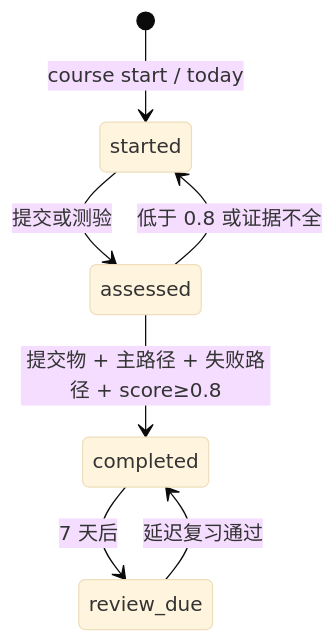
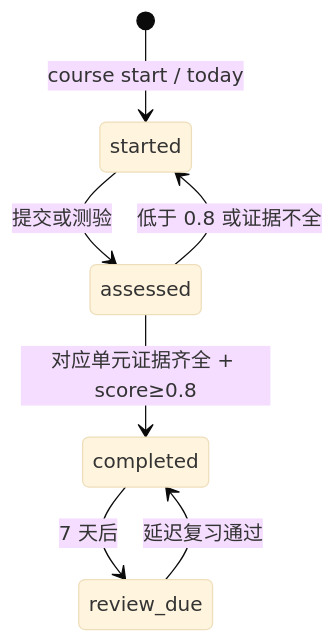
One commit to jhljx/RecSys-Industrial-Book changed the diagram in docs/learning-agent-guide.md. Above: the diagram before and after it, drawn with Mermaid (base theme). The commit also changed other lines of this file and 31 other files, not shown here.

````diff
--- a/docs/learning-agent-guide.md
+++ b/docs/learning-agent-guide.md
@@ -97,9 +97,9 @@
 ```mermaid
 stateDiagram-v2
     [*] --> started: course start / today
     started --> assessed: 提交或测验
     assessed --> started: 低于 0.8 或证据不全
-    assessed --> completed: 提交物 + 主路径 + 失败路径 + score≥0.8
+    assessed --> completed: 对应单元证据齐全 + score≥0.8
     completed --> review_due: 7 天后
     review_due --> completed: 延迟复习通过
 ```
````
